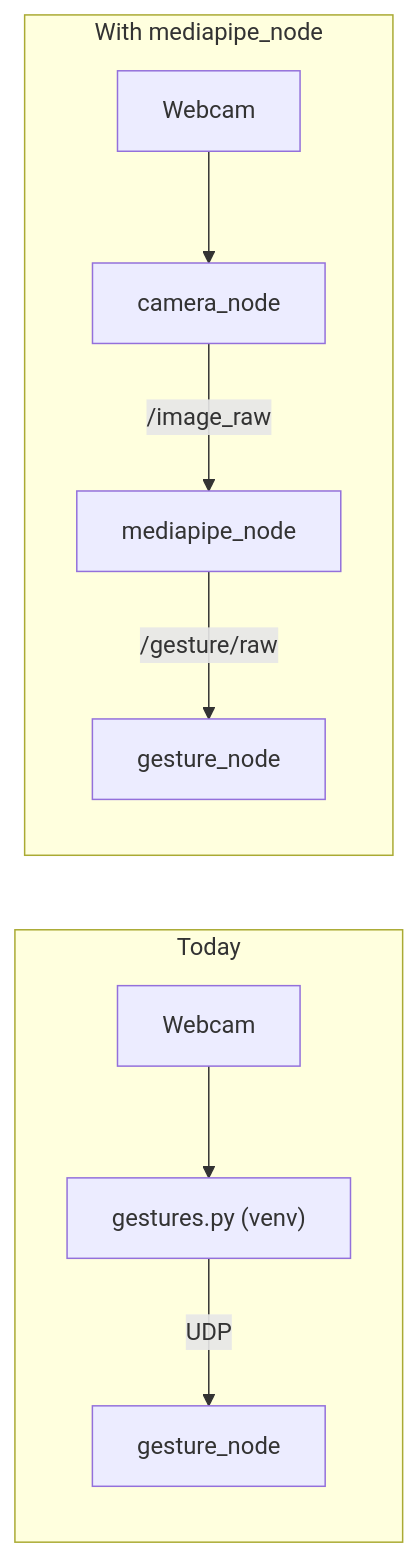
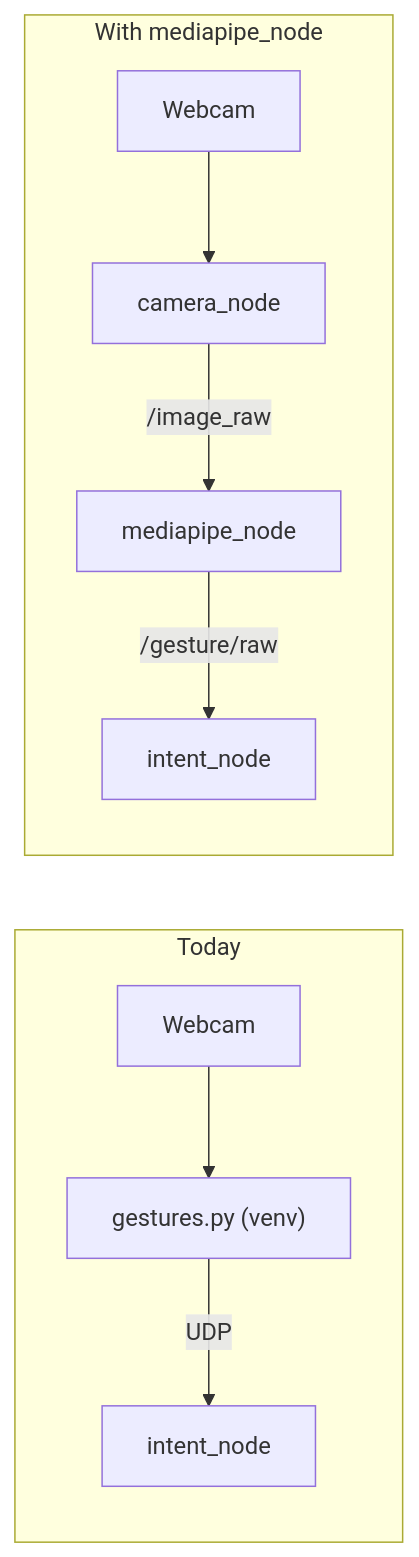
The second of 2 diagrams in docs/PraticalPlan/06 Gestures/05 Future Nodes.md (SEAME-pt/SEA-ME_Team1_ROSRangers), drawn with Mermaid before and after one commit. The commit also changed other lines of this file and 21 other files, not shown here.

````diff
--- a/docs/PraticalPlan/06 Gestures/05 Future Nodes.md
+++ b/docs/PraticalPlan/06 Gestures/05 Future Nodes.md
@@ -55,9 +55,9 @@
 ```mermaid
 flowchart LR
   subgraph today[Today]
-    W1[Webcam] --> G1["gestures.py (venv)"] -->|UDP| N1[gesture_node]
+    W1[Webcam] --> G1["gestures.py (venv)"] -->|UDP| N1[intent_node]
   end
   subgraph future[With mediapipe_node]
-    W2[Webcam] --> C2[camera_node] -->|/image_raw| M2[mediapipe_node] -->|/gesture/raw| N2[gesture_node]
+    W2[Webcam] --> C2[camera_node] -->|/image_raw| M2[mediapipe_node] -->|/gesture/raw| N2[intent_node]
   end
 ```
````
